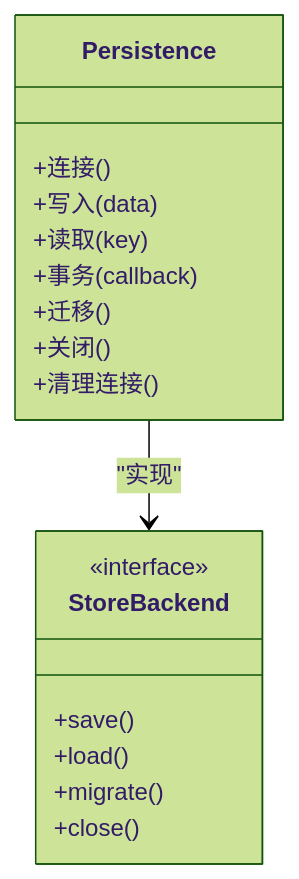
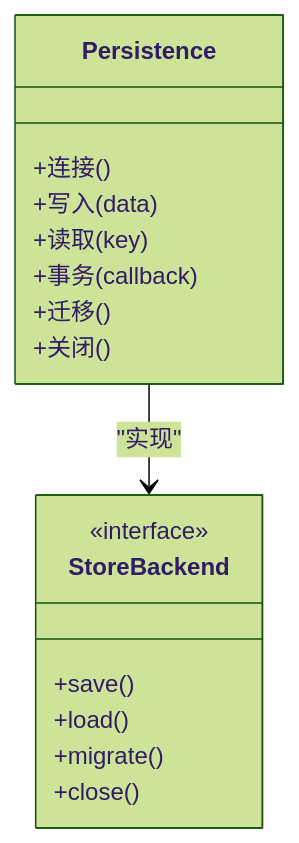
One commit to Ivandanslespace/thegreatnovel changed the seventh of 12 diagrams in .qoder/repowiki/zh/content/运行时系统/运行时核心.md. Above: the diagram before and after it, drawn with Mermaid (forest theme). The commit also changed other lines of this file and 100 other files, not shown here.

````diff
--- a/.qoder/repowiki/zh/content/运行时系统/运行时核心.md
+++ b/.qoder/repowiki/zh/content/运行时系统/运行时核心.md
@@ -318,20 +369,19 @@
 ```mermaid
 classDiagram
 class Persistence {
 +连接()
 +写入(data)
 +读取(key)
 +事务(callback)
 +迁移()
 +关闭()
-+清理连接()
 }
 class StoreBackend {
 <<interface>>
 +save()
 +load()
 +migrate()
 +close()
 }
 Persistence --> StoreBackend : "实现"
 ```
````
